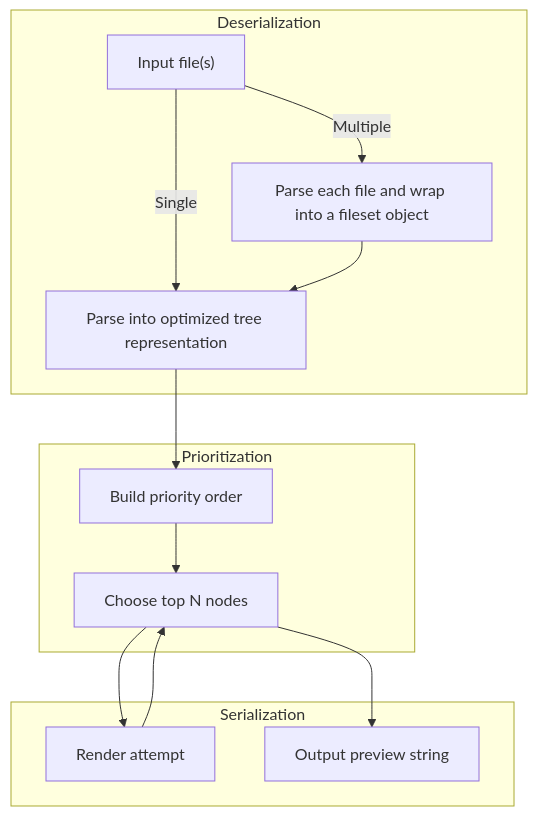
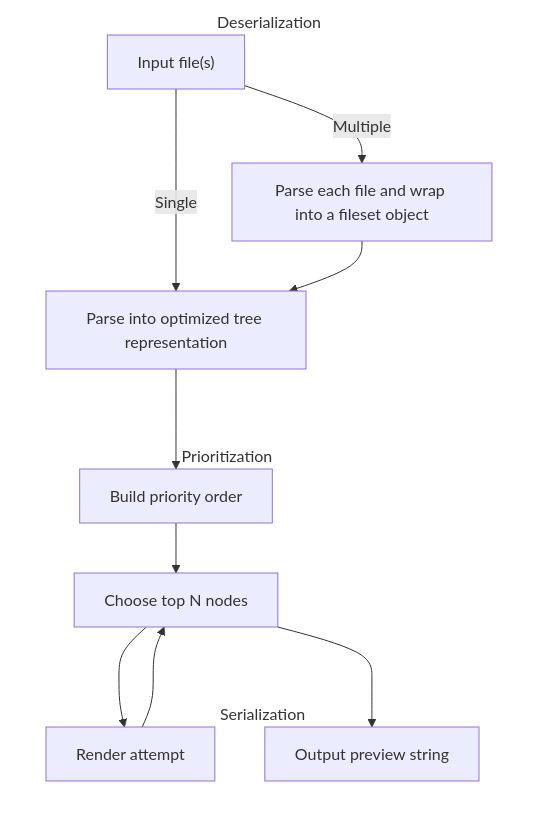
The diagram in README.md (kantord/headson), drawn with Mermaid before and after one commit.

````diff
--- a/README.md
+++ b/README.md
@@ -153,22 +153,25 @@
 ```mermaid
 flowchart TD
     subgraph Deserialization
         A["Input file(s)"]
         A -- Single --> C["Parse into optimized tree representation"]
         A -- Multiple --> D["Parse each file and wrap into a fileset object"]
         D --> C
     end
     subgraph Prioritization
         E["Build priority order"]
         F["Choose top N nodes"]
     end
     subgraph Serialization
         G["Render attempt"]
         H["Output preview string"]
     end
     C --> E
     E --> F
     F --> G
     G --> F
     F --> H
+    style Deserialization fill:transparent,stroke:transparent
+    style Prioritization fill:transparent,stroke:transparent
+    style Serialization fill:transparent,stroke:transparent
 ```
````
